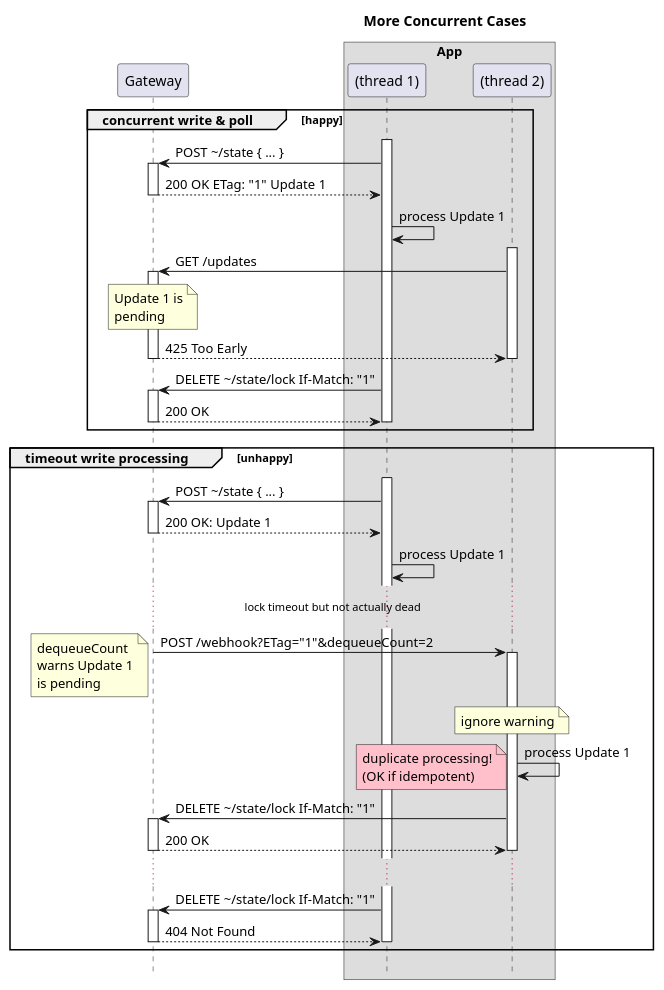
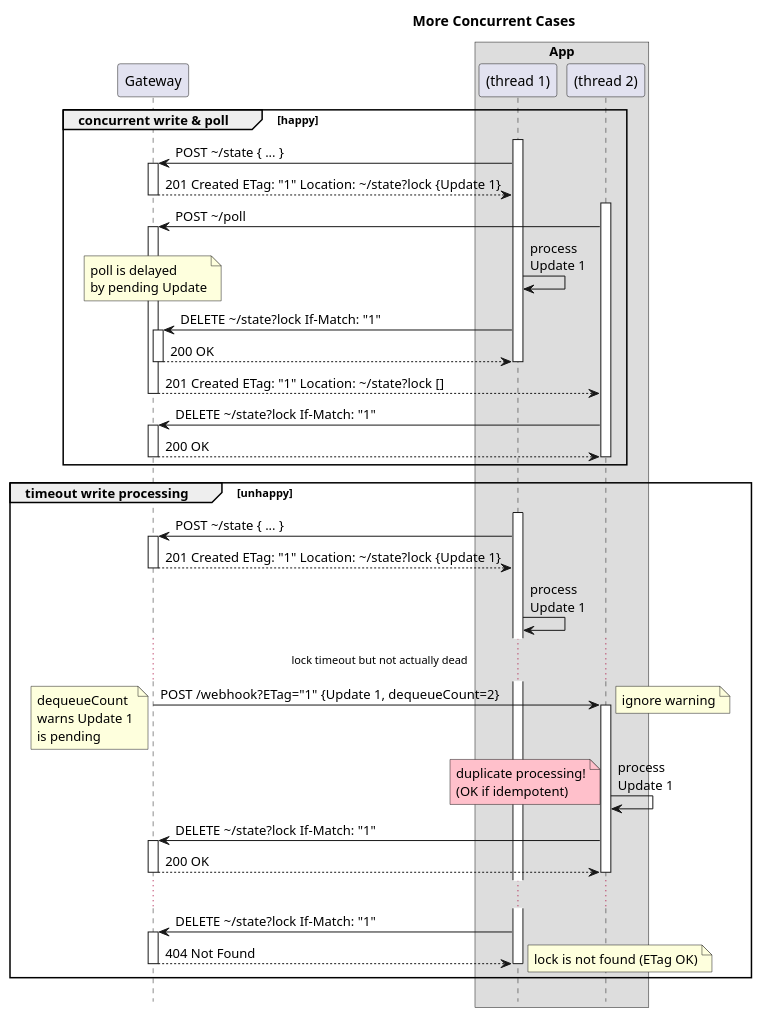
Before and after one commit to m-ld/m-ld-gateway: the diagram in architecture/api/http/6-with-concurrent.seq.puml, drawn with PlantUML. The commit also changed 30 other files, not shown here.

```diff
--- a/architecture/api/http/6-with-concurrent.seq.puml
+++ b/architecture/api/http/6-with-concurrent.seq.puml
@@ -1,59 +1,62 @@
 @startuml
 'https://plantuml.com/sequence-diagram
 !pragma teoz true
 hide footbox
 
 title More Concurrent Cases
 
 participant Gateway as gw
 box App
 participant "(thread 1)" as app
 participant "(thread 2)" as app2
 end box
 
 group concurrent write & poll [happy]
 activate app
 app -> gw ++: POST \~/state { ... }
-return 200 OK ETag: "1" Update 1
-app -> app: process Update 1
+return 201 Created ETag: "1" Location: \~/state?lock {Update 1}
 activate app2
-app2 -> gw ++: GET /updates
+app2 -> gw ++: POST \~/poll
 note over gw
-Update 1 is
-pending
+poll is delayed
+by pending Update
 end note
-return 425 Too Early
-deactivate app2
-app -> gw ++: DELETE \~/state/lock If-Match: "1"
+& app -> app: process\nUpdate 1
+app -> gw ++: DELETE \~/state?lock If-Match: "1"
 return 200 OK
 deactivate app
+gw --> app2 --: 201 Created ETag: "1" Location: \~/state?lock []
+app2 -> gw ++: DELETE \~/state?lock If-Match: "1"
+return 200 OK
+deactivate app2
 end group
 
 group timeout write processing [unhappy]
 activate app
 app -> gw ++: POST \~/state { ... }
-return 200 OK: Update 1
-app -> app: process Update 1
+return 201 Created ETag: "1" Location: \~/state?lock {Update 1}
+app -> app: process\nUpdate 1
 ...lock timeout but not actually dead...
-gw -> app2 ++: POST /webhook?ETag="1"&dequeueCount=2
+gw -> app2 ++: POST /webhook?ETag="1" {Update 1, dequeueCount=2}
 note left
 dequeueCount
 warns Update 1
 is pending
 end note
-note over app2: ignore warning
-app2 -> app2: process Update 1
+note right: ignore warning
+app2 -> app2: process\nUpdate 1
 note left #pink
 duplicate processing!
 (OK if idempotent)
 end note
-app2 -> gw ++: DELETE \~/state/lock If-Match: "1"
+app2 -> gw ++: DELETE \~/state?lock If-Match: "1"
 return 200 OK
 deactivate app2
 ...
-app -> gw ++: DELETE \~/state/lock If-Match: "1"
+app -> gw ++: DELETE \~/state?lock If-Match: "1"
 return 404 Not Found
+note right: lock is not found (ETag OK)
 deactivate app
 end group
 
 @enduml
```
